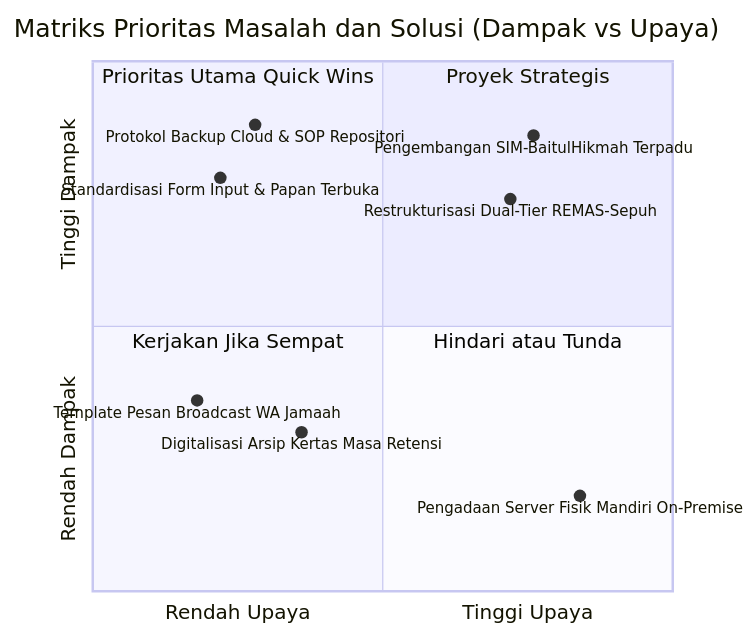
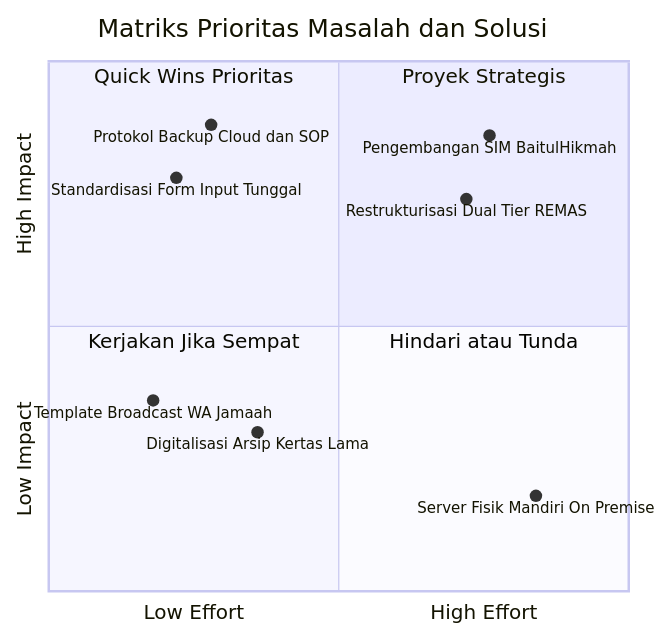
The second of 2 diagrams in Laporan Modul 3 - Kelompok 1 F1.md (anothersunrisee/project-MSI), drawn with Mermaid before and after one commit. The commit also changed other lines of this file and 2 other files, not shown here.

Commit message:
fix(mermaid): remove special chars causing parse error in Fishbone and quadrantChart diagrams across Modul 2 and Modul 3 - eliminated &, (), / from subgraph labels and item names

````diff
--- a/Laporan Modul 3 - Kelompok 1 F1.md
+++ b/Laporan Modul 3 - Kelompok 1 F1.md
@@ -216,17 +216,17 @@
 ```mermaid
 quadrantChart
-    title Matriks Prioritas Masalah dan Solusi (Dampak vs Upaya)
-    x-axis "Rendah Upaya" --> "Tinggi Upaya"
-    y-axis "Rendah Dampak" --> "Tinggi Dampak"
+    title Matriks Prioritas Masalah dan Solusi
+    x-axis Low Effort --> High Effort
+    y-axis Low Impact --> High Impact
     quadrant-1 Proyek Strategis
-    quadrant-2 Prioritas Utama Quick Wins
+    quadrant-2 Quick Wins Prioritas
     quadrant-3 Kerjakan Jika Sempat
     quadrant-4 Hindari atau Tunda
-    Protokol Backup Cloud & SOP Repositori: [0.28, 0.88]
-    Standardisasi Form Input & Papan Terbuka: [0.22, 0.78]
-    Pengembangan SIM-BaitulHikmah Terpadu: [0.76, 0.86]
-    Restrukturisasi Dual-Tier REMAS-Sepuh: [0.72, 0.74]
-    Digitalisasi Arsip Kertas Masa Retensi: [0.36, 0.30]
-    Template Pesan Broadcast WA Jamaah: [0.18, 0.36]
-    Pengadaan Server Fisik Mandiri On-Premise: [0.84, 0.18]
+    Protokol Backup Cloud dan SOP: [0.28, 0.88]
+    Standardisasi Form Input Tunggal: [0.22, 0.78]
+    Pengembangan SIM BaitulHikmah: [0.76, 0.86]
+    Restrukturisasi Dual Tier REMAS: [0.72, 0.74]
+    Digitalisasi Arsip Kertas Lama: [0.36, 0.30]
+    Template Broadcast WA Jamaah: [0.18, 0.36]
+    Server Fisik Mandiri On Premise: [0.84, 0.18]
 ```
````
